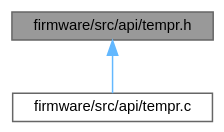
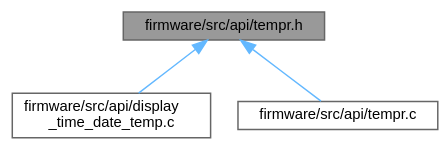
Before and after one commit to Ghaadyy/elevator-controller: the diagram in dev/tempr_8h__dep__incl.dot, drawn with Graphviz. The commit also changed 80 other files, not shown here.

```diff
--- a/dev/tempr_8h__dep__incl.dot
+++ b/dev/tempr_8h__dep__incl.dot
@@ -1,10 +1,12 @@
 digraph "firmware/src/api/tempr.h"
 {
  // LATEX_PDF_SIZE
   bgcolor="transparent";
   edge [fontname=Helvetica,fontsize=10,labelfontname=Helvetica,labelfontsize=10];
   node [fontname=Helvetica,fontsize=10,shape=box,height=0.2,width=0.4];
   Node1 [id="Node000001",label="firmware/src/api/tempr.h",height=0.2,width=0.4,color="gray40", fillcolor="grey60", style="filled", fontcolor="black",tooltip=" "];
   Node1 -> Node2 [id="edge1_Node000001_Node000002",dir="back",color="steelblue1",style="solid",tooltip=" "];
-  Node2 [id="Node000002",label="firmware/src/api/tempr.c",height=0.2,width=0.4,color="grey40", fillcolor="white", style="filled",URL="$tempr_8c.html",tooltip=" "];
+  Node2 [id="Node000002",label="firmware/src/api/display\l_time_date_temp.c",height=0.2,width=0.4,color="grey40", fillcolor="white", style="filled",URL="$display__time__date__temp_8c.html",tooltip=" "];
+  Node1 -> Node3 [id="edge2_Node000001_Node000003",dir="back",color="steelblue1",style="solid",tooltip=" "];
+  Node3 [id="Node000003",label="firmware/src/api/tempr.c",height=0.2,width=0.4,color="grey40", fillcolor="white", style="filled",URL="$tempr_8c.html",tooltip=" "];
 }
```
